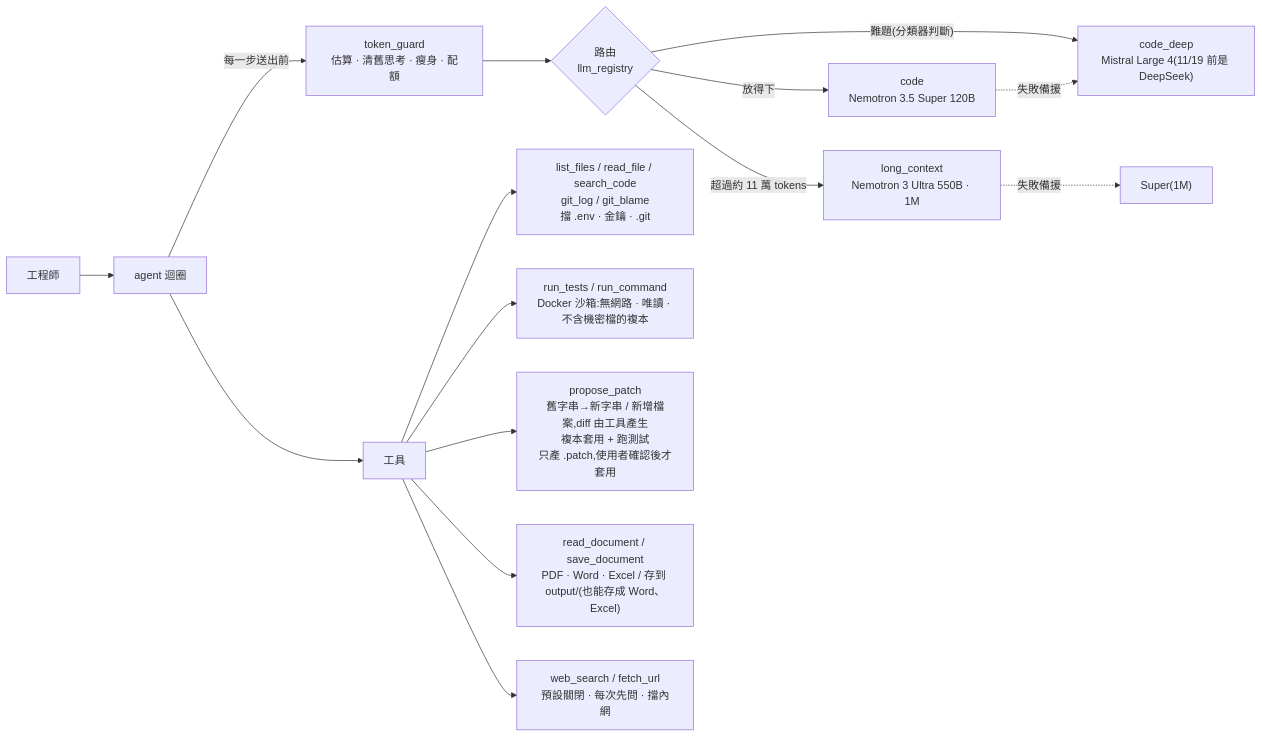
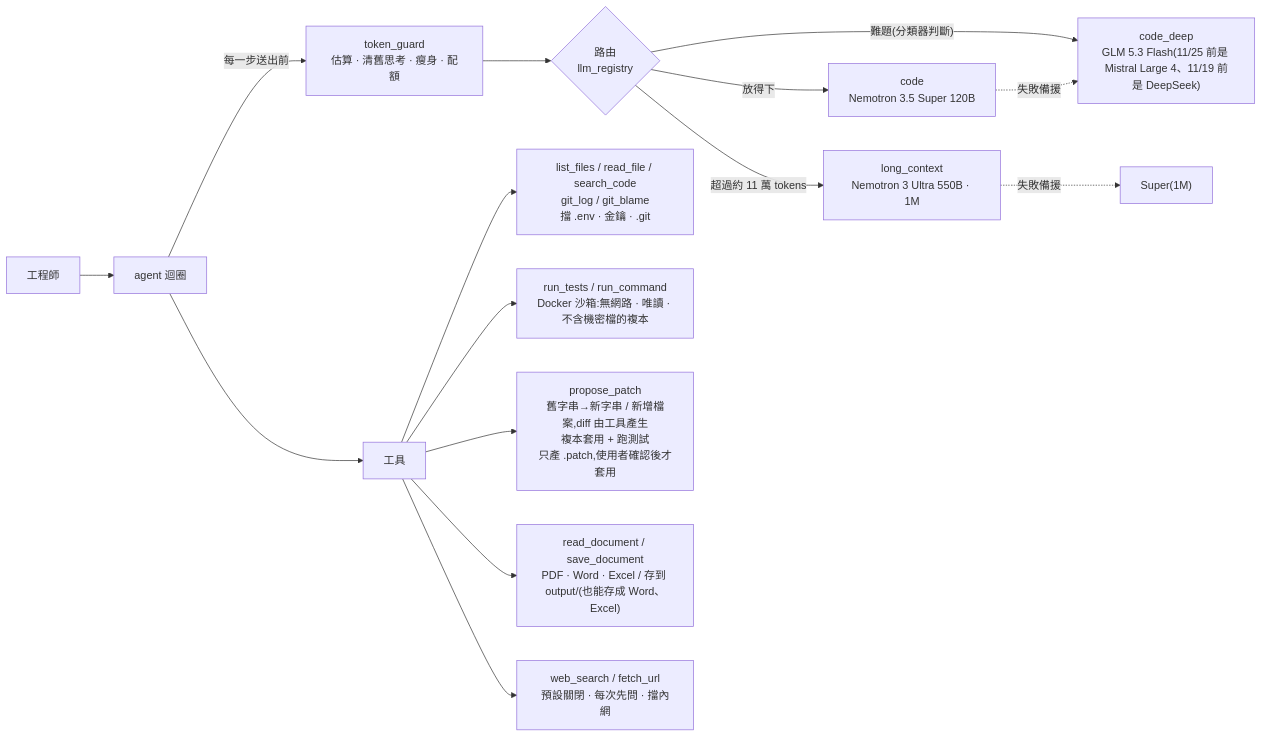
Before and after one commit to inform199751-crypto/nvidia-dev-assistant: the diagram in README.md, drawn with Mermaid. The commit also changed other lines of this file, not shown here.

Commit message:
Sync README: hard-question model switched to GLM 5.3 Flash after a 9-task comparison

````diff
--- a/README.md
+++ b/README.md
@@ -65,17 +65,17 @@
 ```mermaid
 flowchart LR
     U[工程師] --> A[agent 迴圈]
     A -->|每一步送出前| G["token_guard<br/>估算 · 清舊思考 · 瘦身 · 配額"]
     G --> R{"路由<br/>llm_registry"}
     R -->|放得下| S["code<br/>Nemotron 3.5 Super 120B"]
     R -->|"超過約 11 萬 tokens"| L["long_context<br/>Nemotron 3 Ultra 550B · 1M"]
     R -->|"難題(分類器判斷)"| D
-    S -. 失敗備援 .-> D["code_deep<br/>Mistral Large 4(11/19 前是 DeepSeek)"]
+    S -. 失敗備援 .-> D["code_deep<br/>GLM 5.3 Flash(11/25 前是 Mistral Large 4、11/19 前是 DeepSeek)"]
     L -. 失敗備援 .-> S2["Super(1M)"]
     A --> T[工具]
     T --> T1["list_files / read_file / search_code<br/>git_log / git_blame<br/>擋 .env · 金鑰 · .git"]
     T --> T2["run_tests / run_command<br/>Docker 沙箱:無網路 · 唯讀 · 不含機密檔的複本"]
     T --> T3["propose_patch<br/>舊字串→新字串 / 新增檔案,diff 由工具產生<br/>複本套用 + 跑測試<br/>只產 .patch,使用者確認後才套用"]
     T --> T4["read_document / save_document<br/>PDF · Word · Excel / 存到 output/(也能存成 Word、Excel)"]
     T --> T5["web_search / fetch_url<br/>預設關閉 · 每次先問 · 擋內網"]
 ```
````
